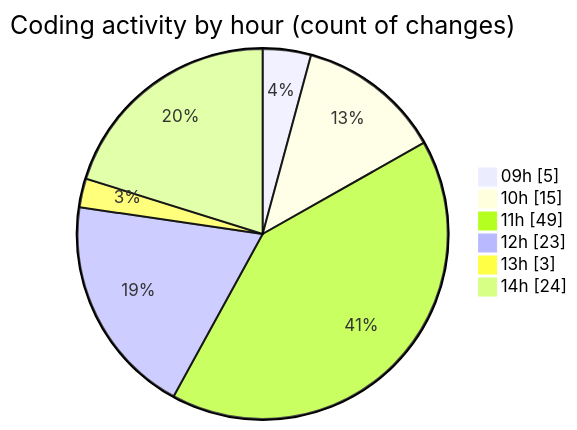
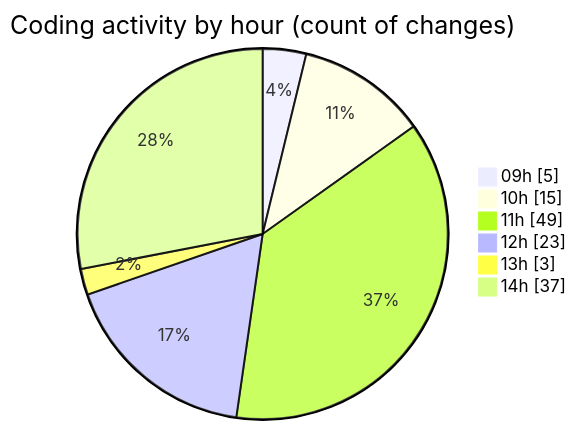
One commit to CELIANVF/code-tracking changed the second of 2 diagrams in 2025-06-13/ecodeli-1/README.md. Above: the diagram before and after it, drawn with Mermaid. The commit also changed other lines of this file and 1 other file, not shown here.

````diff
--- a/2025-06-13/ecodeli-1/README.md
+++ b/2025-06-13/ecodeli-1/README.md
@@ -56,10 +58,10 @@
 ```mermaid
 pie showData
 title Coding activity by hour (count of changes)
 "09h" : 5
 "10h" : 15
 "11h" : 49
 "12h" : 23
 "13h" : 3
-"14h" : 24
+"14h" : 37
 ```
````
